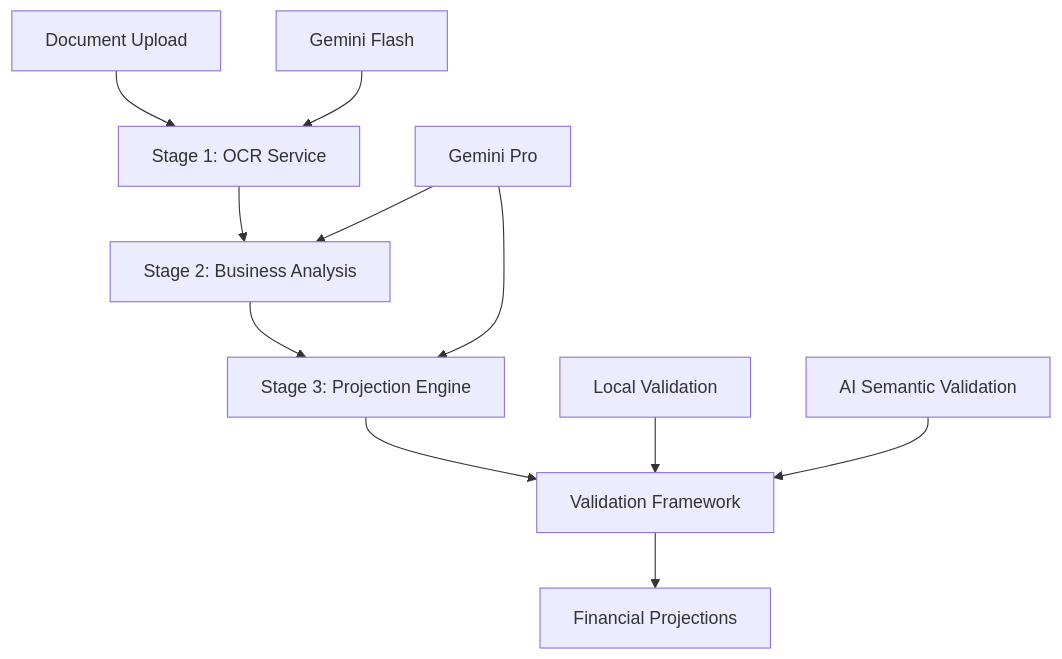
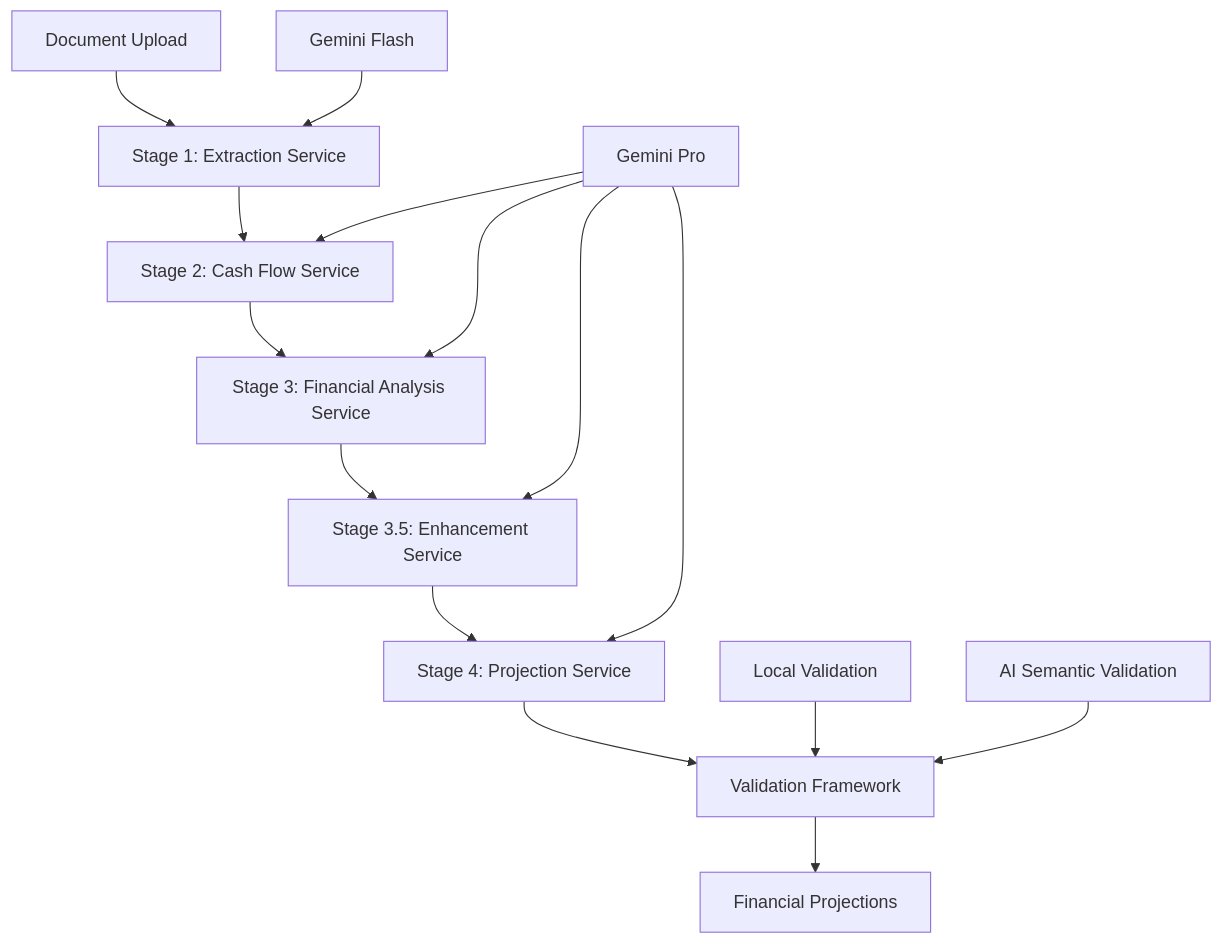
The diagram in README.md (shubhams-git/ocr-engine), drawn with Mermaid before and after one commit. The commit also changed other lines of this file, not shown here.

````diff
--- a/README.md
+++ b/README.md
@@ -106,14 +124,18 @@
 ```mermaid
 graph TD
-    A[Document Upload] --> B[Stage 1: OCR Service]
-    B --> C[Stage 2: Business Analysis]
-    C --> D[Stage 3: Projection Engine]
-    D --> E[Validation Framework]
-    E --> F[Financial Projections]
-    
-    G[Gemini Flash] --> B
-    H[Gemini Pro] --> C
-    H --> D
-    I[Local Validation] --> E
-    J[AI Semantic Validation] --> E
+    A[Document Upload] --> B[Stage 1: Extraction Service]
+    B --> C[Stage 2: Cash Flow Service]
+    C --> D[Stage 3: Financial Analysis Service]
+    D --> E[Stage 3.5: Enhancement Service]
+    E --> F[Stage 4: Projection Service]
+    F --> G[Validation Framework]
+    G --> H[Financial Projections]
+
+    I[Gemini Flash] --> B
+    J[Gemini Pro] --> C
+    J --> D
+    J --> E
+    J --> F
+    K[Local Validation] --> G
+    L[AI Semantic Validation] --> G
 ```
````
